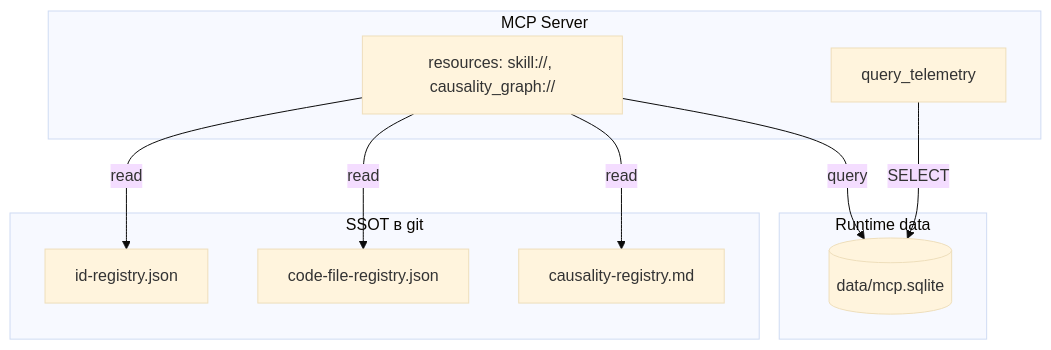
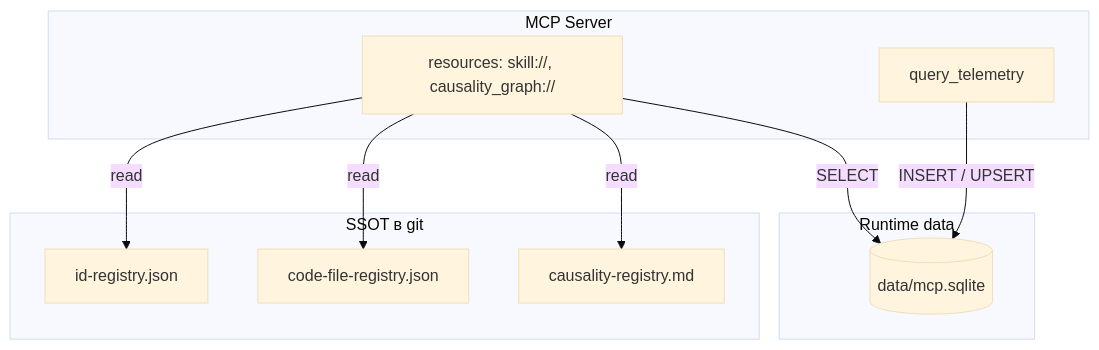
The diagram in docs/ais/ais-mcp-data-flow.md (aoponomarev/mmb), drawn with Mermaid (base theme) before and after one commit. The commit also changed other lines of this file and 24 other files, not shown here.

````diff
--- a/docs/ais/ais-mcp-data-flow.md
+++ b/docs/ais/ais-mcp-data-flow.md
@@ -48,23 +48,23 @@
 ```mermaid
 flowchart TD
     subgraph ssot [SSOT в git]
         ID[id-registry.json]
         CF[code-file-registry.json]
         CR[causality-registry.md]
     end
 
     subgraph runtime [Runtime data]
         DB[(data/mcp.sqlite)]
     end
 
     subgraph mcp [MCP Server]
         RES[resources: skill://, causality_graph://]
         TEL[query_telemetry]
     end
 
     RES -->|read| ID
     RES -->|read| CF
     RES -->|read| CR
-    RES -->|query| DB
-    TEL -->|SELECT| DB
+    RES -->|SELECT| DB
+    TEL -->|INSERT / UPSERT| DB
 ```
````
